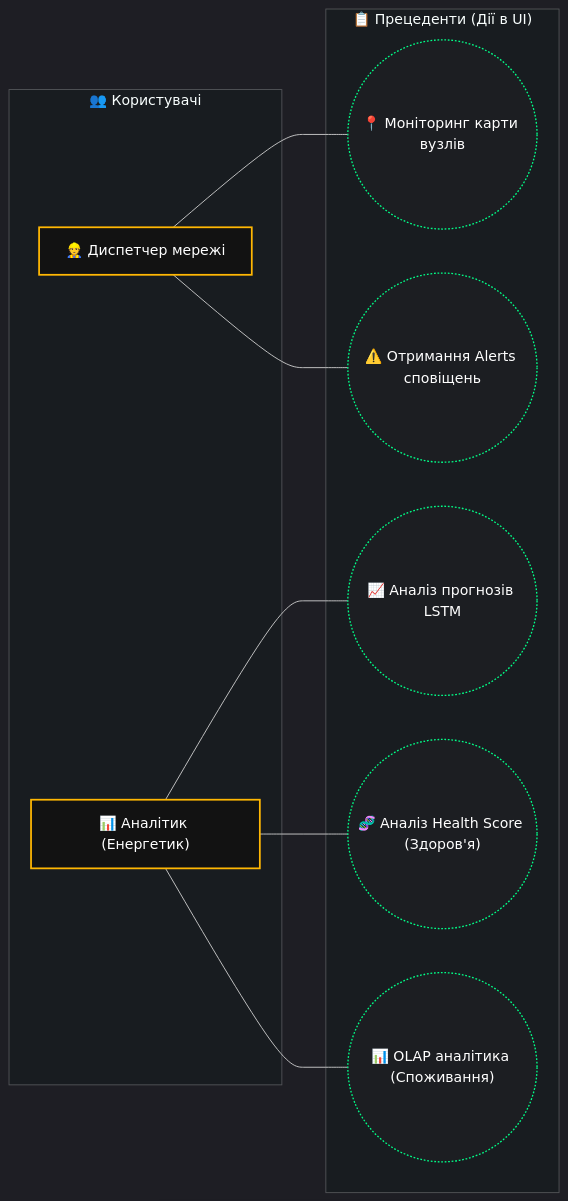
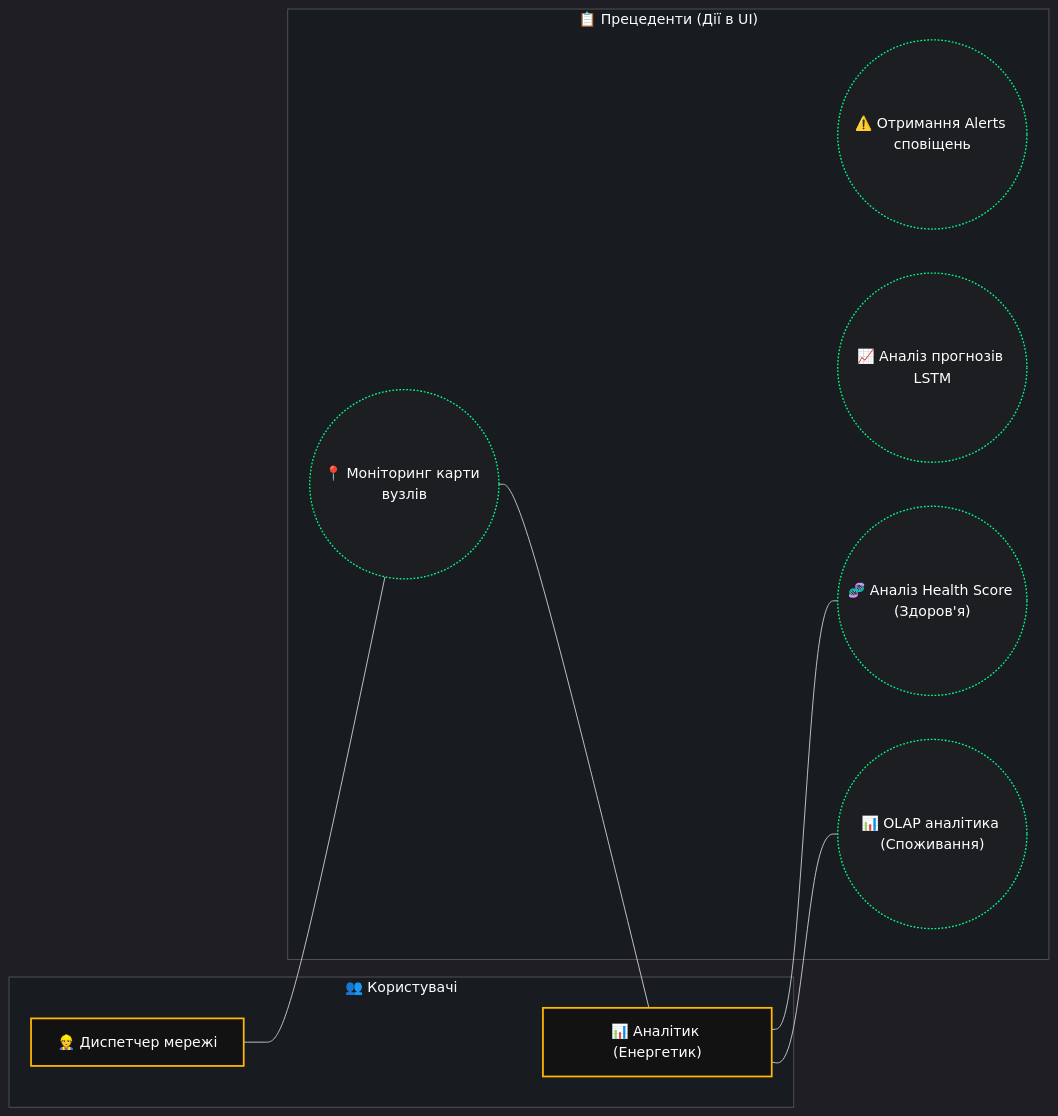
The sixth of 6 diagrams in README.md (Lutvunenko-Dmutro/EnergyMonitor-OLAP), drawn with Mermaid before and after one commit. The commit also changed other lines of this file, not shown here.

````diff
--- a/README.md
+++ b/README.md
@@ -393,34 +359,32 @@
 ```mermaid
 %%{init: {'theme': 'dark', 'themeVariables': { 'primaryColor': '#00ff88', 'edgeLabelBackground':'#1e1e1e', 'clusterBkg':'#181c20'}}}%%
 graph LR
     subgraph Actors ["👥 Користувачі"]
         D_Actor["👷 Диспетчер мережі"]
         A_Actor["📊 Аналітик (Енергетик)"]
     end
 
     subgraph UseCases ["📋 Прецеденти (Дії в UI)"]
         UC1(("📍 Моніторинг карти вузлів"))
         UC3(("⚠️ Отримання Alerts сповіщень"))
         UC2(("📈 Аналіз прогнозів LSTM"))
         UC4(("🧬 Аналіз Health Score (Здоров'я)"))
         UC5(("📊 OLAP аналітика (Споживання)"))
     end
 
     D_Actor --- UC1
-    D_Actor --- UC3
-    
-    A_Actor --- UC2
+---
     A_Actor --- UC4
     A_Actor --- UC5
 
     classDef actor fill:#121212,stroke:#ffb703,stroke-width:2px,color:#fff;
     classDef usecase fill:#1c1e22,stroke:#00ff88,stroke-width:1.5px,color:#fff,stroke-dasharray: 2 2;
     
     D_Actor:::actor
     A_Actor:::actor
     UC1:::usecase
     UC2:::usecase
     UC3:::usecase
     UC4:::usecase
     UC5:::usecase
 ```
````
